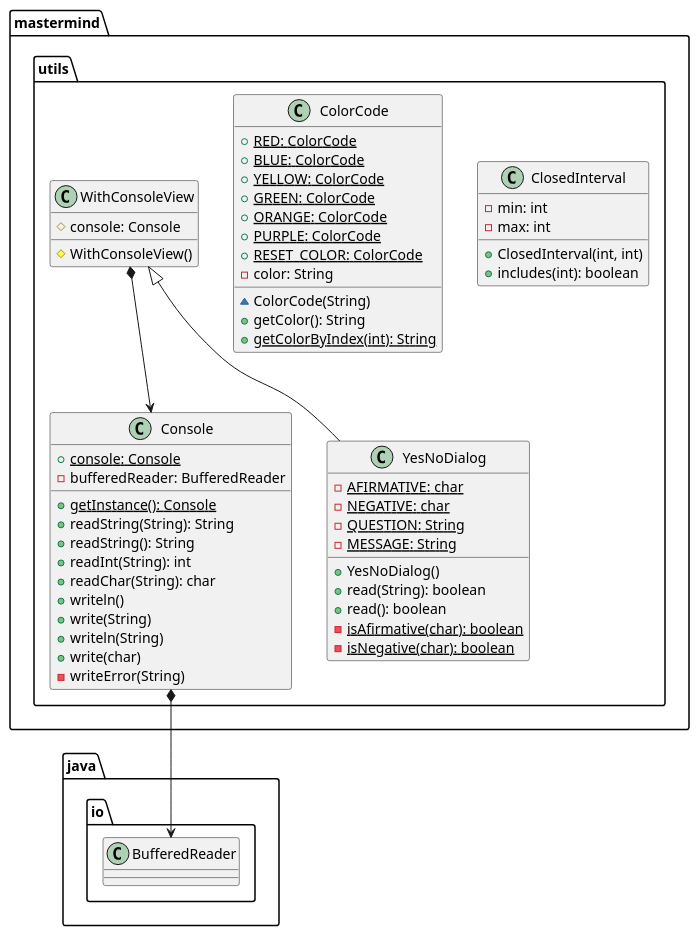
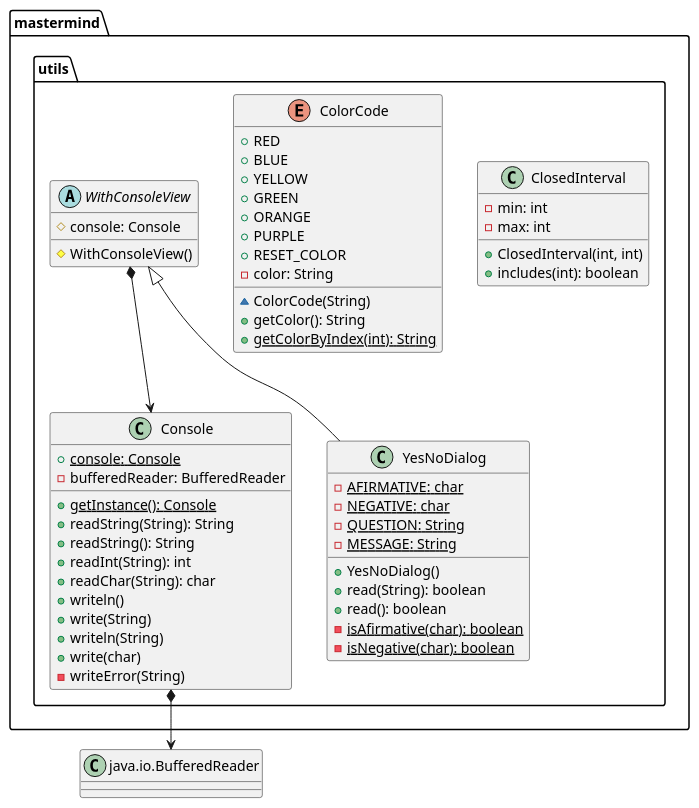
The fourth of 4 diagrams in documentView/console/docs/diagrams/src/paquetes.plantuml (SantaTecla-mastermind/solution.java.swing.socket.sql), drawn with PlantUML before and after one commit. The commit also changed other lines of this file and 5 other files, not shown here.

Commit message:
Finalizada la modificación de diagramas

```diff
--- a/documentView/console/docs/diagrams/src/paquetes.plantuml
+++ b/documentView/console/docs/diagrams/src/paquetes.plantuml
@@ -199,57 +202,59 @@
 @startuml mastermind.utils
+class BufferedReader as "java.io.BufferedReader"{}
+
 class  mastermind.utils.ClosedInterval{
 - min: int
 - max: int
 + ClosedInterval(int, int)
 + includes(int): boolean
 }
 
-class  mastermind.utils.ColorCode{
-+ {static} RED: ColorCode
-+ {static} BLUE: ColorCode
-+ {static} YELLOW: ColorCode
-+ {static} GREEN: ColorCode
-+ {static} ORANGE: ColorCode
-+ {static} PURPLE: ColorCode
-+ {static} RESET_COLOR: ColorCode
+enum mastermind.utils.ColorCode{
++ RED
++ BLUE
++ YELLOW
++ GREEN
++ ORANGE
++ PURPLE
++ RESET_COLOR
 - color: String
 ~ ColorCode(String)
 + getColor(): String
 + {static} getColorByIndex(int): String
 }
 
 class  mastermind.utils.Console{
 + {static} console: Console
 - bufferedReader: BufferedReader
 + {static} getInstance(): Console
 + readString(String): String
 + readString(): String
 + readInt(String): int
 + readChar(String): char
 + writeln()
 + write(String)
 + writeln(String)
 + write(char)
 - writeError(String)
 }
-mastermind.utils.Console *-down-> java.io.BufferedReader
+mastermind.utils.Console *-down-> BufferedReader
 
-class  mastermind.utils.WithConsoleView{
+abstract class mastermind.utils.WithConsoleView{
 # console: Console
 # WithConsoleView()
 }
 mastermind.utils.WithConsoleView *-down-> mastermind.utils.Console
 
 class  mastermind.utils.YesNoDialog{
 - {static} AFIRMATIVE: char
 - {static} NEGATIVE: char
 - {static} QUESTION: String
 - {static} MESSAGE: String
 + YesNoDialog()
 + read(String): boolean
 + read(): boolean
 - {static} isAfirmative(char): boolean
 - {static} isNegative(char): boolean
 }
 mastermind.utils.WithConsoleView <|-down- mastermind.utils.YesNoDialog
 @enduml
```
